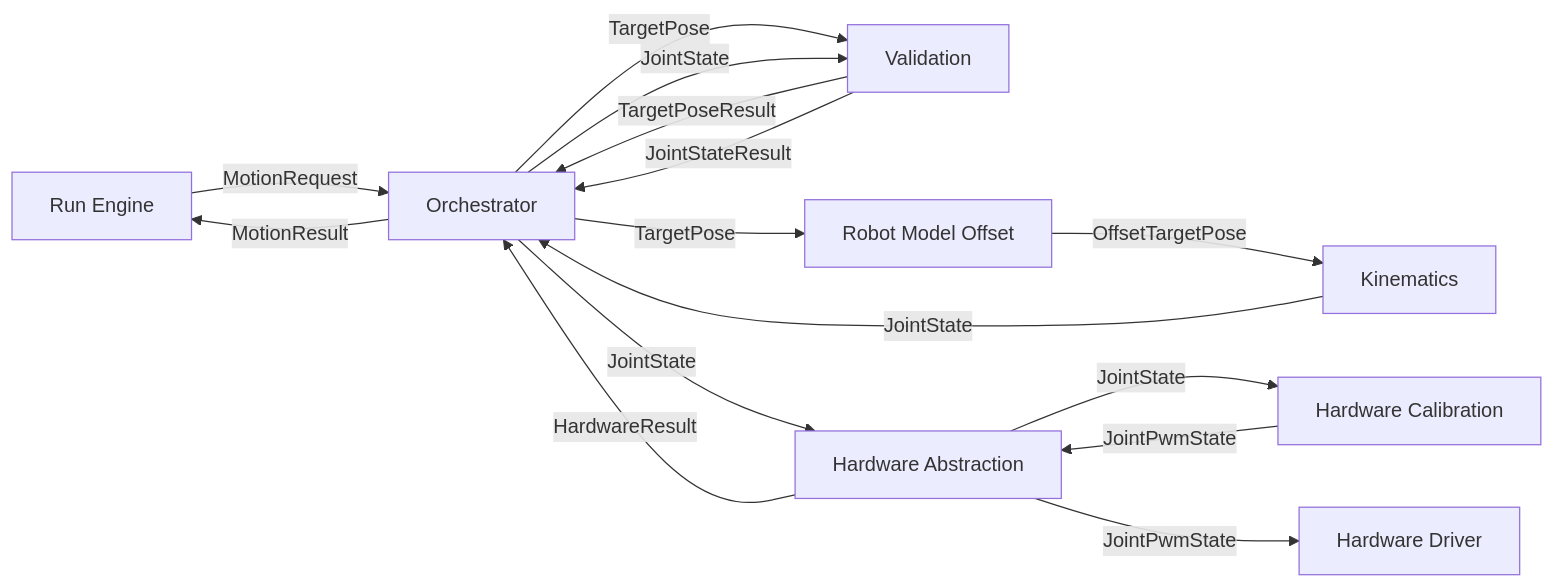
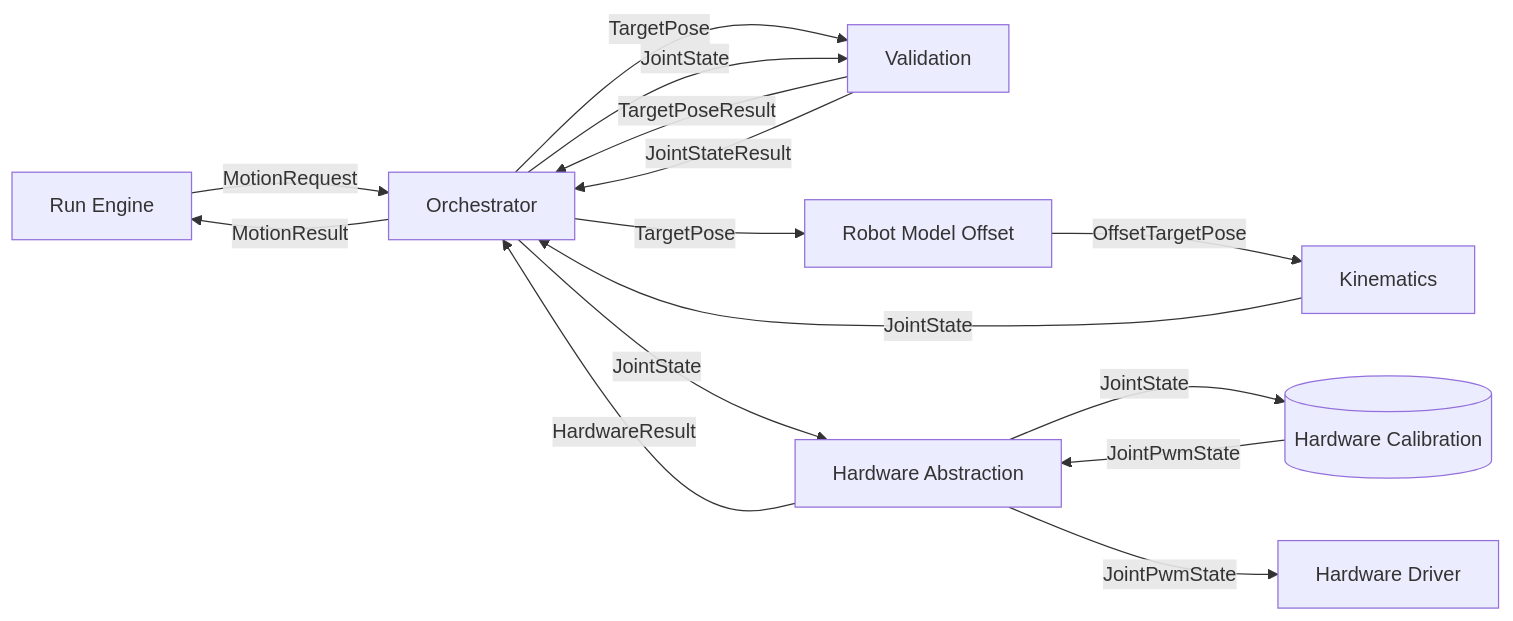
Diagram 11 of 11 in sw/software.md (butz1999/inverse_kinematik), drawn with Mermaid before and after one commit. The commit also changed other lines of this file and 5 other files, not shown here.

````diff
--- a/sw/software.md
+++ b/sw/software.md
@@ -400,32 +402,32 @@
 ```mermaid
 flowchart LR
     APP[Run Engine]
     ORCH[Orchestrator]
     VAL[Validation]
     RMO[Robot Model Offset]
-    HWC[Hardware Calibration]
+    HWC[(Hardware Calibration)]
     IK[Kinematics]
     HAL[Hardware Abstraction]
     DRV[Hardware Driver]
 
     APP -->|MotionRequest| ORCH
 
     ORCH -->|TargetPose| VAL
     VAL -->|TargetPoseResult| ORCH
 
     ORCH -->|JointState| VAL
     VAL -->|JointStateResult| ORCH
 
     ORCH -->|TargetPose| RMO
     RMO -->|OffsetTargetPose| IK
     IK -->|JointState| ORCH
 
     ORCH -->|JointState| HAL
     HAL -->|JointState| HWC
     HWC -->|JointPwmState| HAL
 
     HAL -->|JointPwmState| DRV
 
     HAL -->|HardwareResult| ORCH
     ORCH -->|MotionResult| APP
 ```
````
